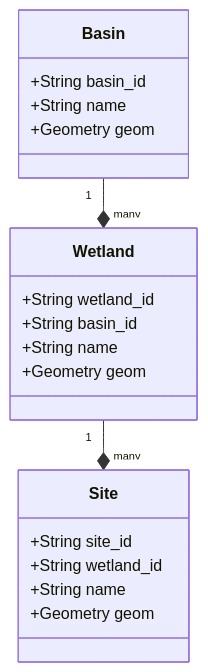
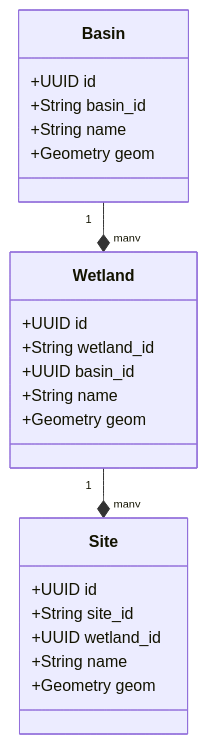
One commit to akvo/nbd-phase-1 changed the diagram in docs/lld/spatial_infrastructure_lld.md. Above: the diagram before and after it, drawn with Mermaid. The commit also changed 18 other files, not shown here.

````diff
--- a/docs/lld/spatial_infrastructure_lld.md
+++ b/docs/lld/spatial_infrastructure_lld.md
@@ -28,22 +28,25 @@
 ```mermaid
 classDiagram
     class Basin {
+        +UUID id
         +String basin_id
         +String name
         +Geometry geom
     }
     class Wetland {
+        +UUID id
         +String wetland_id
-        +String basin_id
+        +UUID basin_id
         +String name
         +Geometry geom
     }
     class Site {
+        +UUID id
         +String site_id
-        +String wetland_id
+        +UUID wetland_id
         +String name
         +Geometry geom
     }
     Basin "1" --* "many" Wetland
     Wetland "1" --* "many" Site
 ```
````
